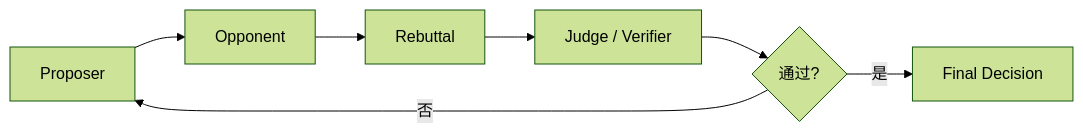
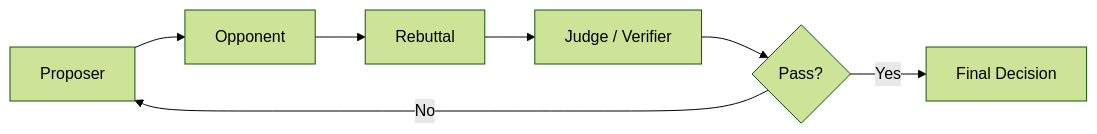
Diagram 15 of 23 in docs/agent/02-reasoning-planning/12-agent-reflection.md (oneleaveknowsthefall/awesome-ai-roadmap), drawn with Mermaid (forest theme) before and after one commit. The commit also changed other lines of this file and 68 other files, not shown here.

````diff
--- a/docs/agent/02-reasoning-planning/12-agent-reflection.md
+++ b/docs/agent/02-reasoning-planning/12-agent-reflection.md
@@ -695,9 +693,9 @@
 ```mermaid
 flowchart LR
     P[Proposer] --> O[Opponent]
     O --> R[Rebuttal]
     R --> J[Judge / Verifier]
-    J --> D{通过?}
-    D -->|否| P
-    D -->|是| OUT[Final Decision]
+    J --> D{Pass?}
+    D -->|No| P
+    D -->|Yes| OUT[Final Decision]
 ```
````
